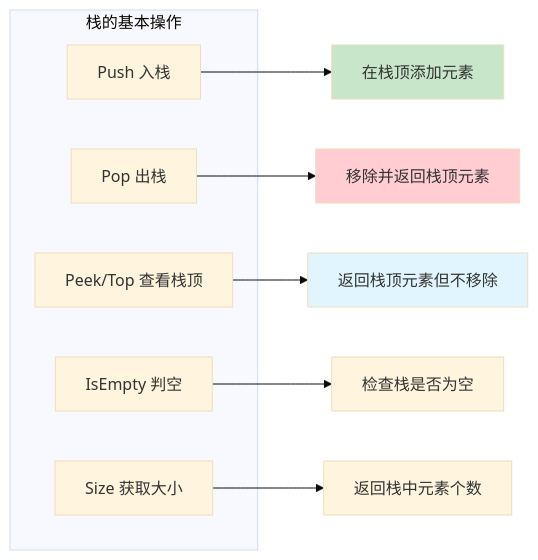
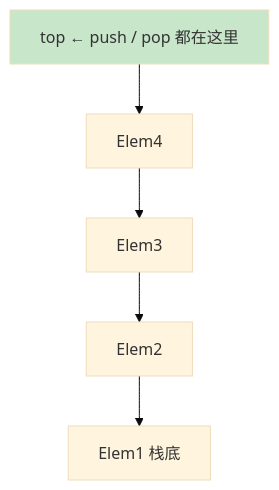
Before and after one commit to chongyang211/YCBookBlog: the first of 2 diagrams in 00.通用技术的提升/08.数据结构算法/06.栈常见的操作实践.md, drawn with Mermaid (base theme). The commit also changed other lines of this file and 194 other files, not shown here.

````diff
--- a/00.通用技术的提升/08.数据结构算法/06.栈常见的操作实践.md
+++ b/00.通用技术的提升/08.数据结构算法/06.栈常见的操作实践.md
@@ -174,20 +60,9 @@
 ```mermaid
-graph LR
-    subgraph "栈的基本操作"
-        A[Push 入栈]
-        B[Pop 出栈]
-        C[Peek/Top 查看栈顶]
-        D[IsEmpty 判空]
-        E[Size 获取大小]
-    end
-    
-    A --> A1[在栈顶添加元素]
-    B --> B1[移除并返回栈顶元素]
-    C --> C1[返回栈顶元素但不移除]
-    D --> D1[检查栈是否为空]
-    E --> E1[返回栈中元素个数]
-    
-    style A1 fill:#c8e6c9
-    style B1 fill:#ffcdd2
-    style C1 fill:#e1f5fe
+graph TB
+    T[top ← push / pop 都在这里]
+    T --> E4[Elem4]
+    E4 --> E3[Elem3]
+    E3 --> E2[Elem2]
+    E2 --> E1[Elem1 栈底]
+    style T fill:#c8e6c9
 ```
````
